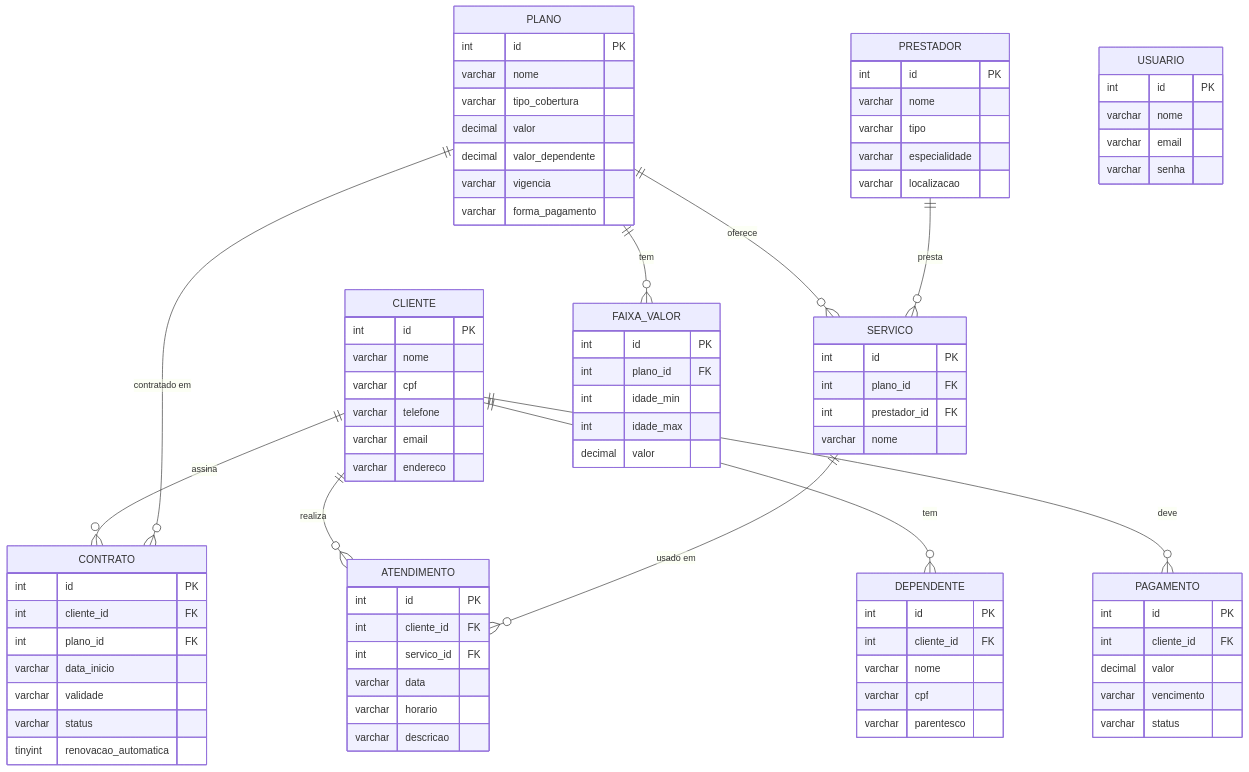
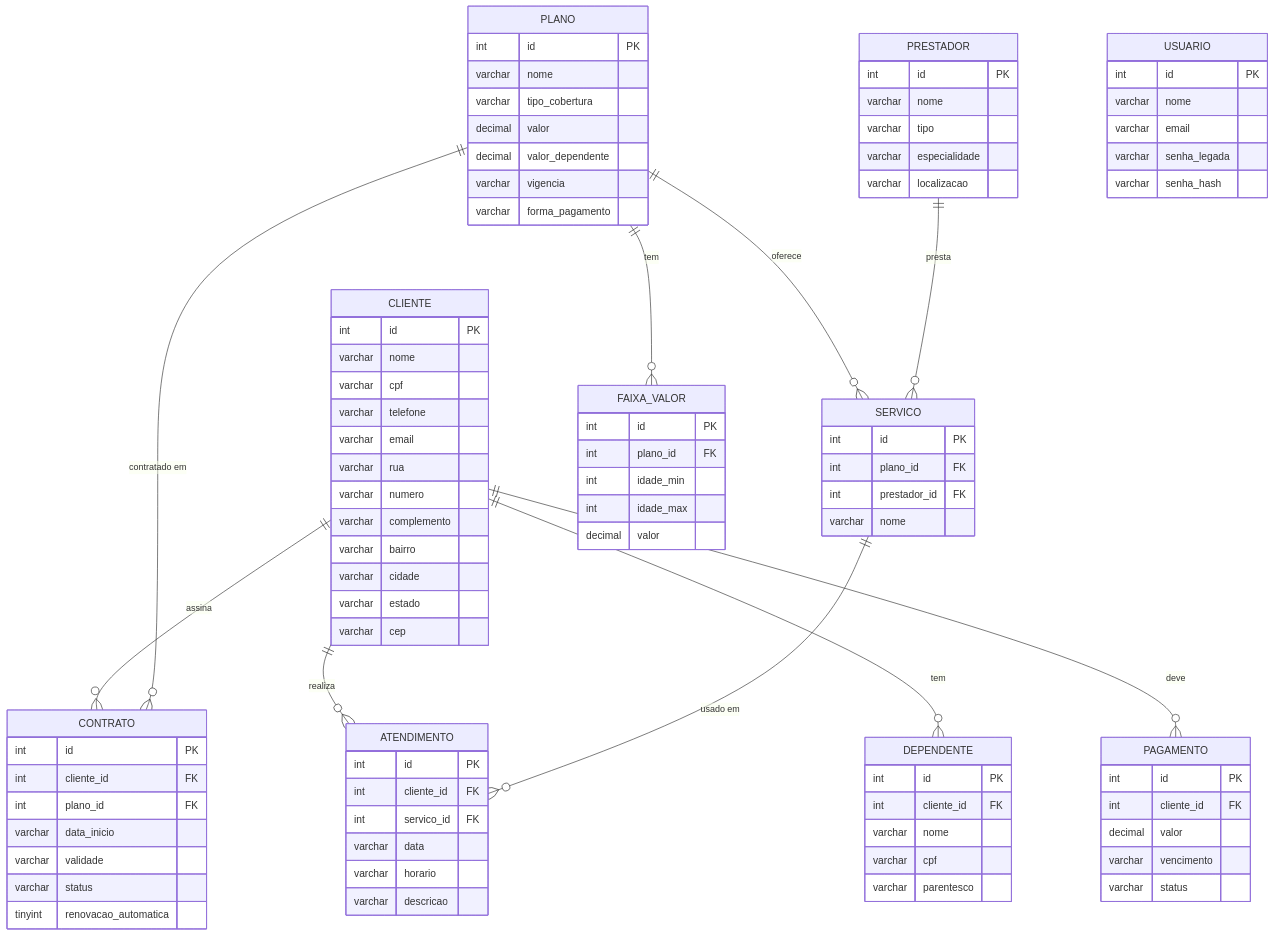
One commit to tarcisiobm/gestao-planos-saude changed the diagram in database/der.md. Above: the diagram before and after it, drawn with Mermaid. The commit also changed 56 other files, not shown here.

````diff
--- a/database/der.md
+++ b/database/der.md
@@ -29,7 +29,13 @@
         varchar cpf
         varchar telefone
         varchar email
-        varchar endereco
+        varchar rua
+        varchar numero
+        varchar complemento
+        varchar bairro
+        varchar cidade
+        varchar estado
+        varchar cep
     }
     DEPENDENTE {
         int id PK
@@ -95,6 +101,7 @@
         int id PK
         varchar nome
         varchar email
-        varchar senha
+        varchar senha_legada
+        varchar senha_hash
     }
 ```
````
